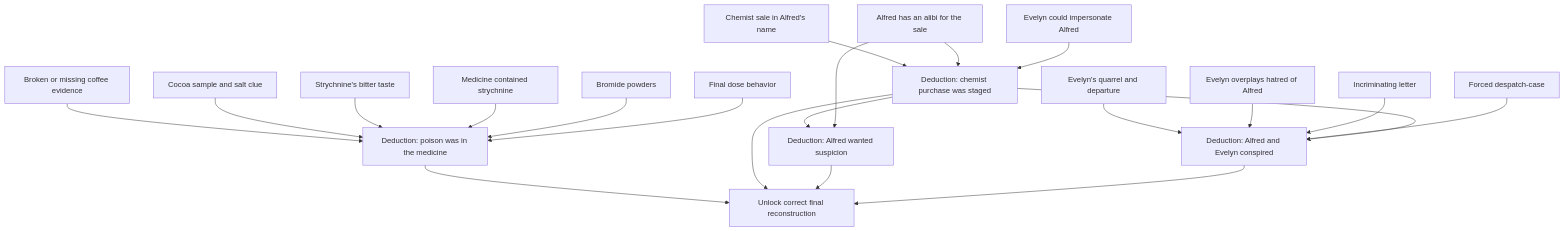
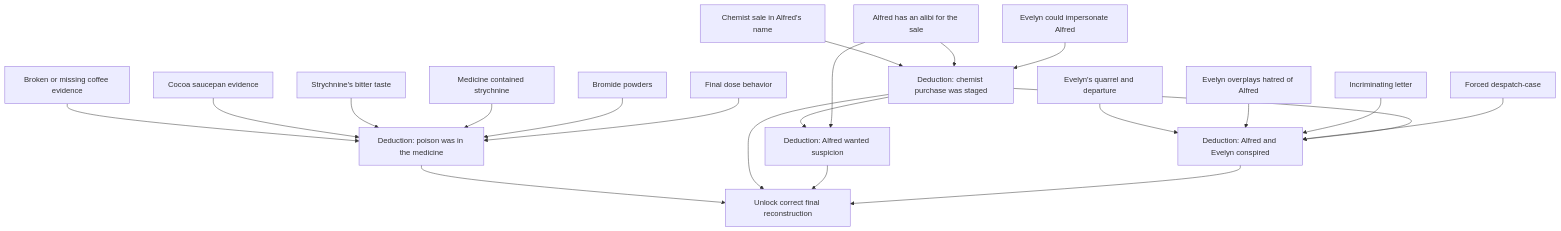
One commit to anthonyf/dunge-cl changed the second of 2 diagrams in STYLES_CASE_BOARD.md. Above: the diagram before and after it, drawn with Mermaid. The commit also changed other lines of this file, not shown here.

````diff
--- a/STYLES_CASE_BOARD.md
+++ b/STYLES_CASE_BOARD.md
@@ -532,50 +532,50 @@
 ```mermaid
 flowchart TD
   Coffee["Broken or missing coffee evidence"]
-  Cocoa["Cocoa sample and salt clue"]
+  Cocoa["Cocoa saucepan evidence"]
   Bitter["Strychnine's bitter taste"]
   Medicine["Medicine contained strychnine"]
   Bromide["Bromide powders"]
   FinalDose["Final dose behavior"]
 
   Method["Deduction: poison was in the medicine"]
 
   ChemistSale["Chemist sale in Alfred's name"]
   AlfredAlibi["Alfred has an alibi for the sale"]
   Disguise["Evelyn could impersonate Alfred"]
   StagedSale["Deduction: chemist purchase was staged"]
 
   EvieQuarrel["Evelyn's quarrel and departure"]
   EvieHatred["Evelyn overplays hatred of Alfred"]
   Letter["Incriminating letter"]
   ForcedCase["Forced despatch-case"]
   Partnership["Deduction: Alfred and Evelyn conspired"]
 
   AlfredArrest["Deduction: Alfred wanted suspicion"]
   Finale["Unlock correct final reconstruction"]
 
   Coffee --> Method
   Cocoa --> Method
   Bitter --> Method
   Medicine --> Method
   Bromide --> Method
   FinalDose --> Method
 
   ChemistSale --> StagedSale
   AlfredAlibi --> StagedSale
   Disguise --> StagedSale
 
   EvieQuarrel --> Partnership
   EvieHatred --> Partnership
   Letter --> Partnership
   ForcedCase --> Partnership
   StagedSale --> Partnership
 
   StagedSale --> AlfredArrest
   AlfredAlibi --> AlfredArrest
 
   Method --> Finale
   StagedSale --> Finale
   AlfredArrest --> Finale
   Partnership --> Finale
 ```
````
